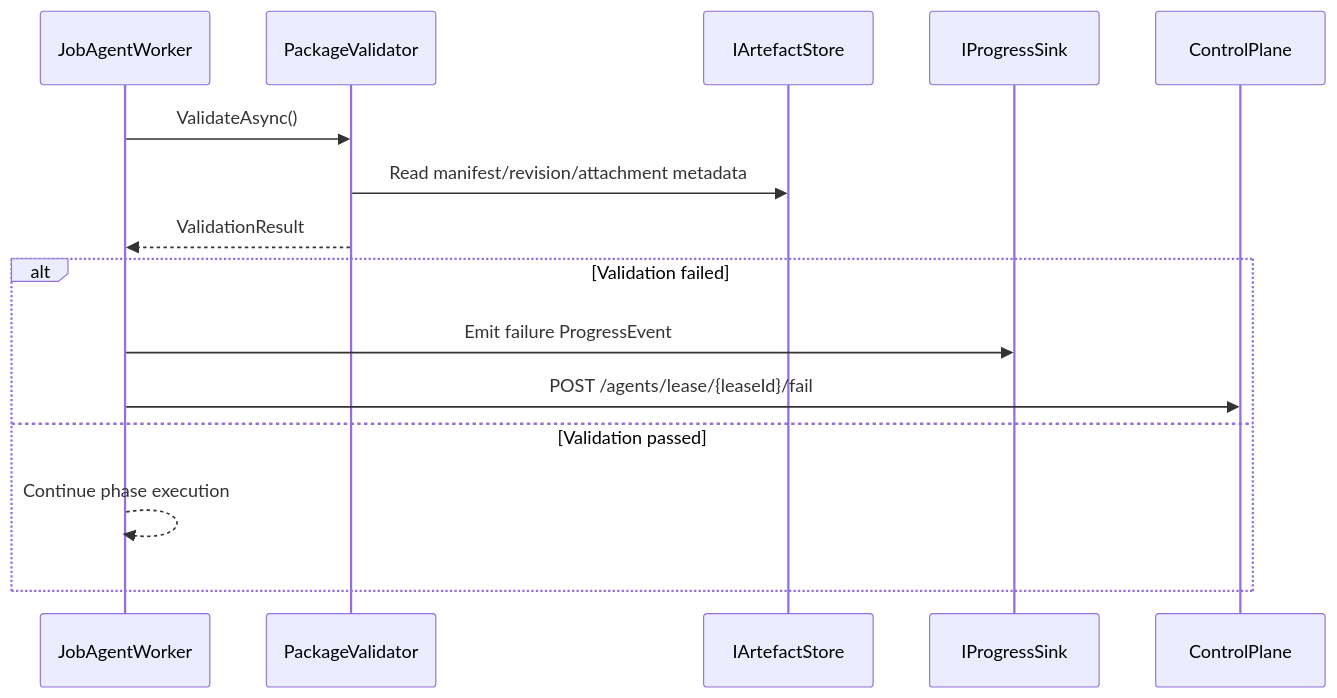
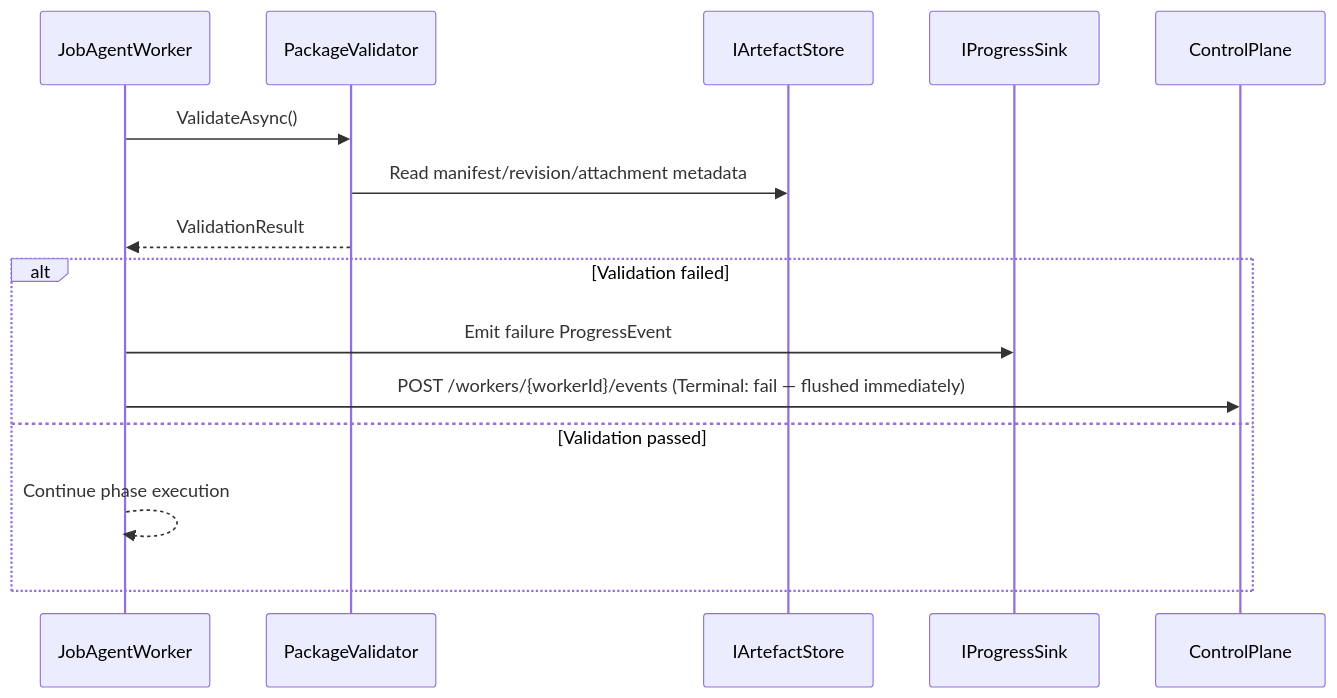
One commit to nkdAgility/azure-devops-migration-platform changed the diagram in .agents/10-contracts/specs/validation-safety-contract.md. Above: the diagram before and after it, drawn with Mermaid. The commit also changed 652 other files, not shown here.

````diff
--- a/.agents/10-contracts/specs/validation-safety-contract.md
+++ b/.agents/10-contracts/specs/validation-safety-contract.md
@@ -20,18 +20,18 @@
 ```mermaid
 sequenceDiagram
   participant JW as JobAgentWorker
   participant PV as PackageValidator
   participant AS as IArtefactStore
   participant PS as IProgressSink
   participant CP as ControlPlane
 
   JW->>PV: ValidateAsync()
   PV->>AS: Read manifest/revision/attachment metadata
   PV-->>JW: ValidationResult
   alt Validation failed
     JW->>PS: Emit failure ProgressEvent
-    JW->>CP: POST /agents/lease/{leaseId}/fail
+    JW->>CP: POST /workers/{workerId}/events (Terminal: fail — flushed immediately)
   else Validation passed
     JW-->>JW: Continue phase execution
   end
 ```
````
